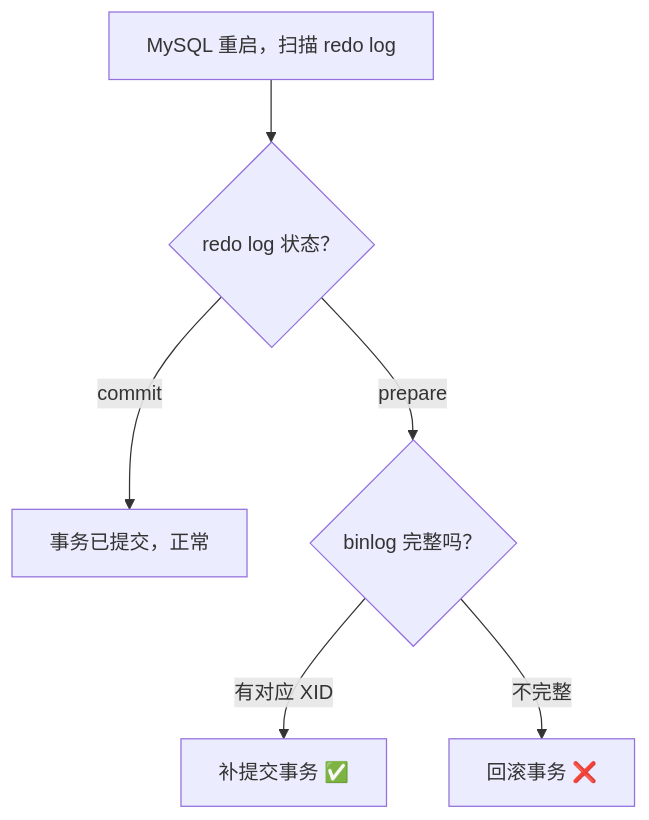
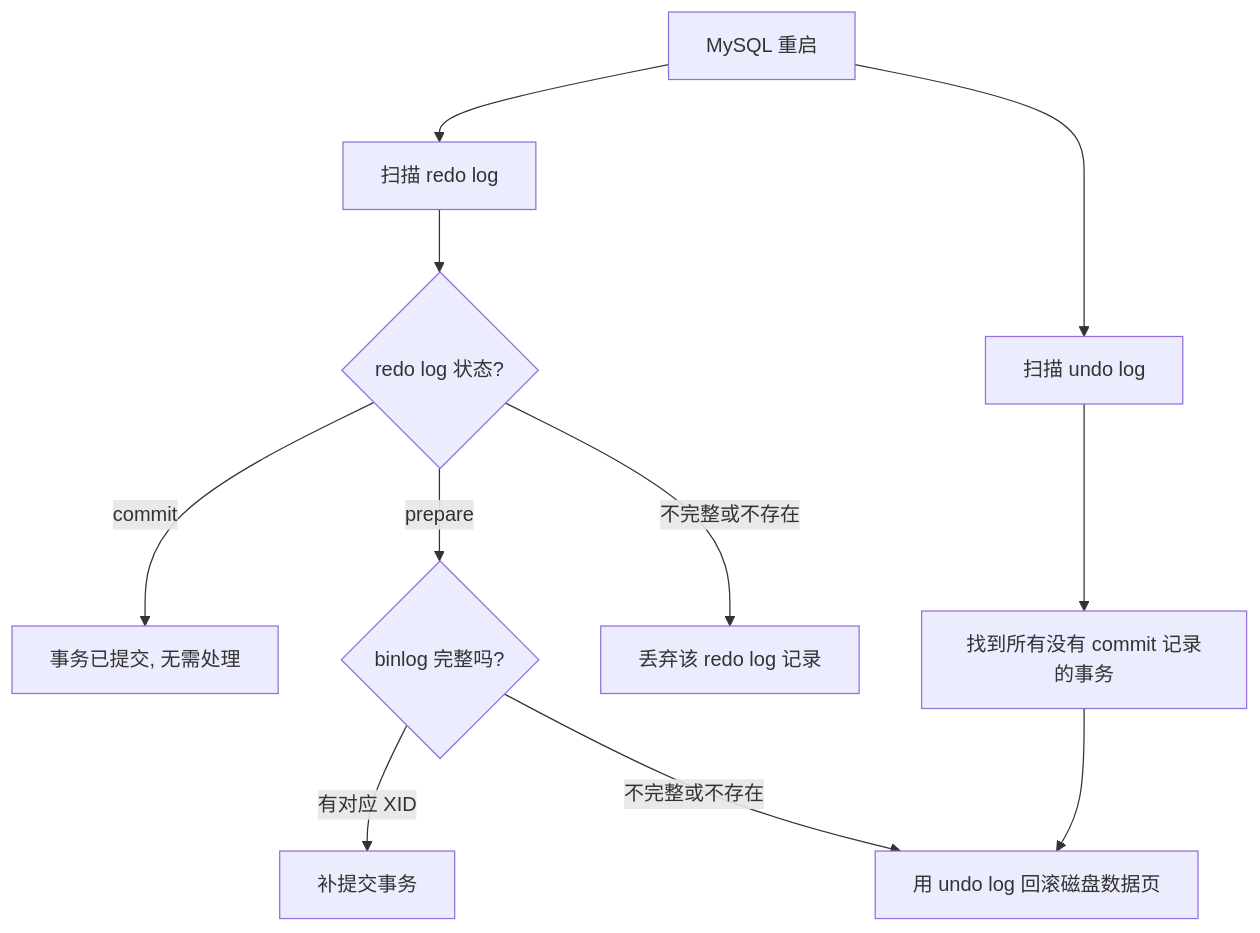
Before and after one commit to LiPingjiang/Full-Stack-Knowledge-Book: the seventh of 7 diagrams in part3-java-deep/09-数据库MySQL.md, drawn with Mermaid. The commit also changed other lines of this file, not shown here.

Commit message:
docs(09-MySQL): crash恢复流程图补充undo log兜底路径，场景一二说明两条恢复路径的区别

````diff
--- a/part3-java-deep/09-数据库MySQL.md
+++ b/part3-java-deep/09-数据库MySQL.md
@@ -661,8 +661,13 @@
 ```mermaid
 flowchart TD
-    A["MySQL 重启，扫描 redo log"] --> B{redo log 状态？}
-    B -->|commit| C["事务已提交，正常"]
-    B -->|prepare| D{binlog 完整吗？}
-    D -->|"有对应 XID"| E["补提交事务 ✅"]
-    D -->|"不完整"| F["回滚事务 ❌"]
+    A["MySQL 重启"] --> B["扫描 redo log"]
+    B --> C{redo log 状态?}
+    C -->|commit| D["事务已提交, 无需处理"]
+    C -->|prepare| E{binlog 完整吗?}
+    E -->|有对应 XID| F["补提交事务"]
+    E -->|不完整或不存在| G["用 undo log 回滚磁盘数据页"]
+    C -->|不完整或不存在| H["丢弃该 redo log 记录"]
+    A --> I["扫描 undo log"]
+    I --> J["找到所有没有 commit 记录的事务"]
+    J --> G
 ```
````
